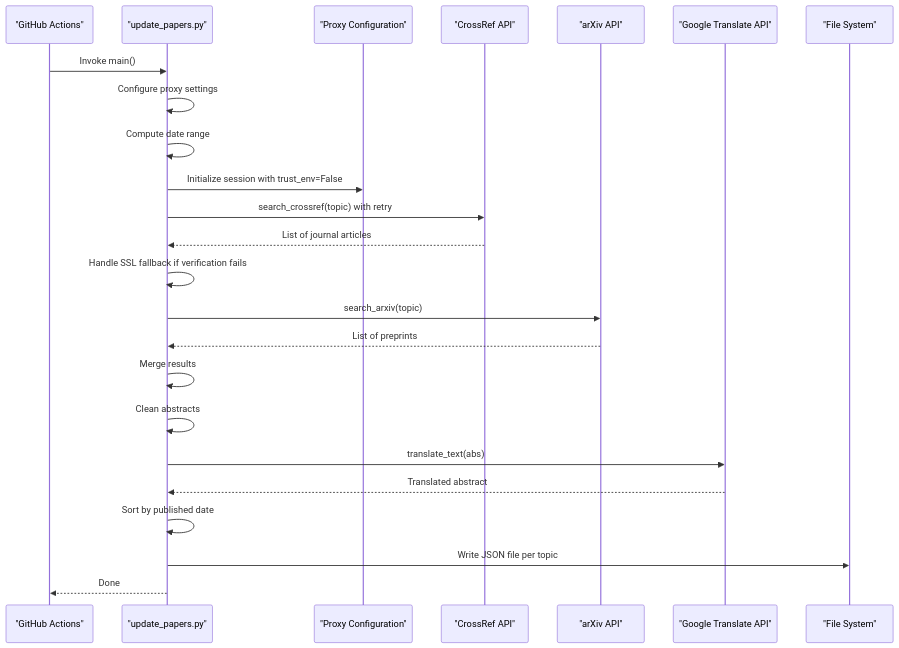
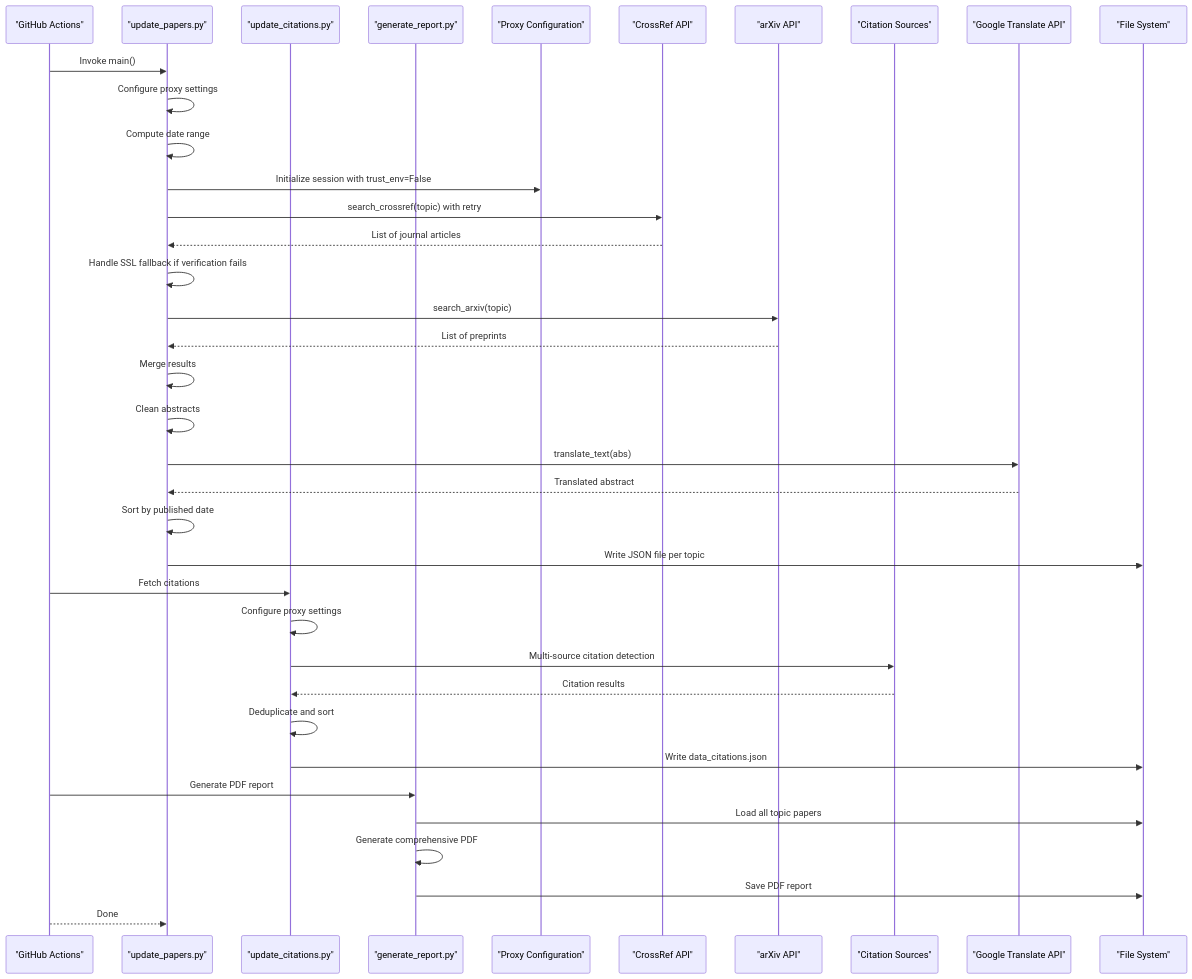
The second of 20 diagrams in .qoder/repowiki/en/content/Core Components/Paper Collection Engine.md (junxie01/cryoseismology_papers), drawn with Mermaid before and after one commit. The commit also changed other lines of this file and 12 other files, not shown here.

````diff
--- a/.qoder/repowiki/en/content/Core Components/Paper Collection Engine.md
+++ b/.qoder/repowiki/en/content/Core Components/Paper Collection Engine.md
@@ -129,26 +164,39 @@
 ```mermaid
 sequenceDiagram
 participant Scheduler as "GitHub Actions"
-participant Script as "update_papers.py"
+participant PaperScript as "update_papers.py"
+participant CitationScript as "update_citations.py"
+participant ReportScript as "generate_report.py"
 participant Proxy as "Proxy Configuration"
 participant CrossRef as "CrossRef API"
 participant Arxiv as "arXiv API"
+participant CitationSources as "Citation Sources"
 participant Translator as "Google Translate API"
 participant FS as "File System"
-Scheduler->>Script : Invoke main()
-Script->>Script : Configure proxy settings
-Script->>Script : Compute date range
-Script->>Proxy : Initialize session with trust_env=False
-Script->>CrossRef : search_crossref(topic) with retry
-CrossRef-->>Script : List of journal articles
-Script->>Script : Handle SSL fallback if verification fails
-Script->>Arxiv : search_arxiv(topic)
-Arxiv-->>Script : List of preprints
-Script->>Script : Merge results
-Script->>Script : Clean abstracts
-Script->>Translator : translate_text(abs)
-Translator-->>Script : Translated abstract
-Script->>Script : Sort by published date
-Script->>FS : Write JSON file per topic
-Script-->>Scheduler : Done
+Scheduler->>PaperScript : Invoke main()
+PaperScript->>PaperScript : Configure proxy settings
+PaperScript->>PaperScript : Compute date range
+PaperScript->>Proxy : Initialize session with trust_env=False
+PaperScript->>CrossRef : search_crossref(topic) with retry
+CrossRef-->>PaperScript : List of journal articles
+PaperScript->>PaperScript : Handle SSL fallback if verification fails
+PaperScript->>Arxiv : search_arxiv(topic)
+Arxiv-->>PaperScript : List of preprints
+PaperScript->>PaperScript : Merge results
+PaperScript->>PaperScript : Clean abstracts
+PaperScript->>Translator : translate_text(abs)
+Translator-->>PaperScript : Translated abstract
+PaperScript->>PaperScript : Sort by published date
+PaperScript->>FS : Write JSON file per topic
+Scheduler->>CitationScript : Fetch citations
+CitationScript->>CitationScript : Configure proxy settings
+CitationScript->>CitationSources : Multi-source citation detection
+CitationSources-->>CitationScript : Citation results
+CitationScript->>CitationScript : Deduplicate and sort
+CitationScript->>FS : Write data_citations.json
+Scheduler->>ReportScript : Generate PDF report
+ReportScript->>FS : Load all topic papers
+ReportScript->>ReportScript : Generate comprehensive PDF
+ReportScript->>FS : Save PDF report
+Scheduler-->>PaperScript : Done
 ```
````
